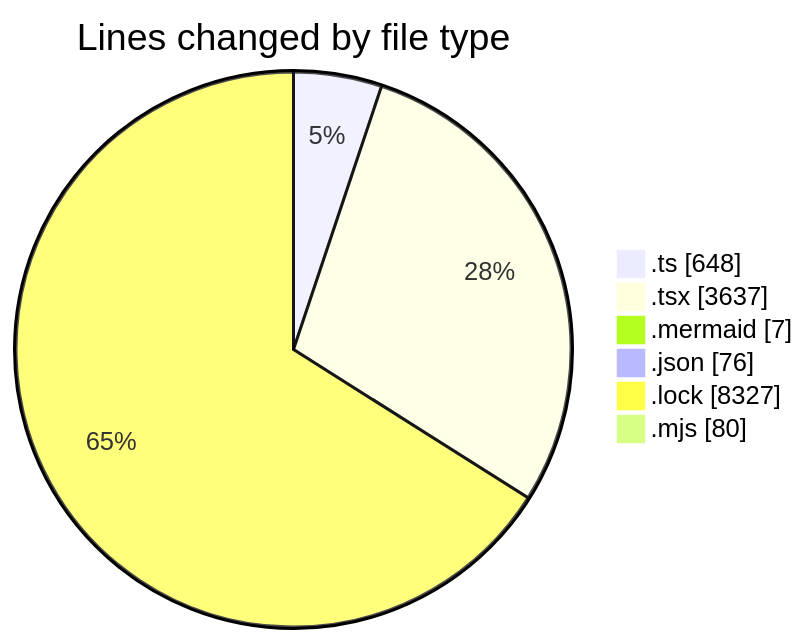
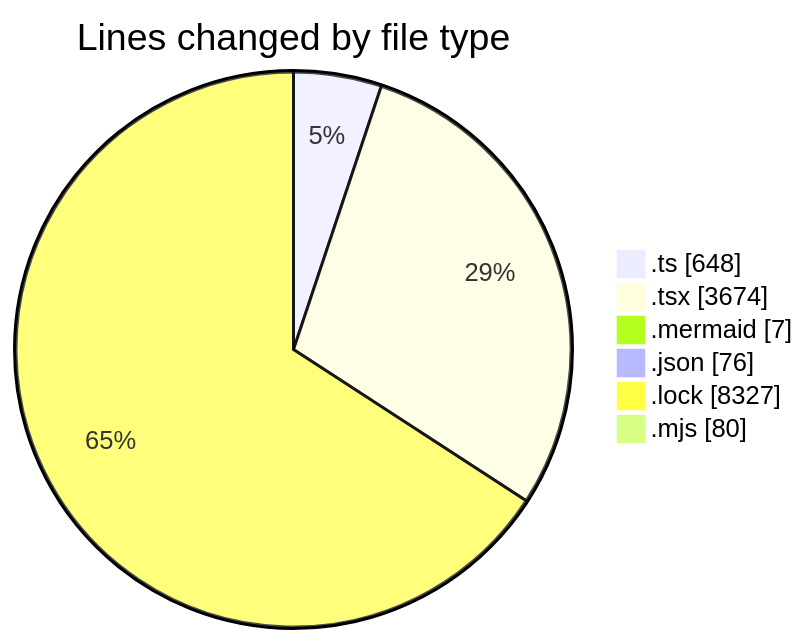
One commit to momahboobian/code-tracking changed the first of 2 diagrams in 2026-09-08/cda/README.md. Above: the diagram before and after it, drawn with Mermaid. The commit also changed other lines of this file and 1 other file, not shown here.

````diff
--- a/2026-09-08/cda/README.md
+++ b/2026-09-08/cda/README.md
@@ -48,10 +48,10 @@
 ```mermaid
 pie showData
 title Lines changed by file type
 ".ts" : 648
-".tsx" : 3637
+".tsx" : 3674
 ".mermaid" : 7
 ".json" : 76
 ".lock" : 8327
 ".mjs" : 80
 ```
````
